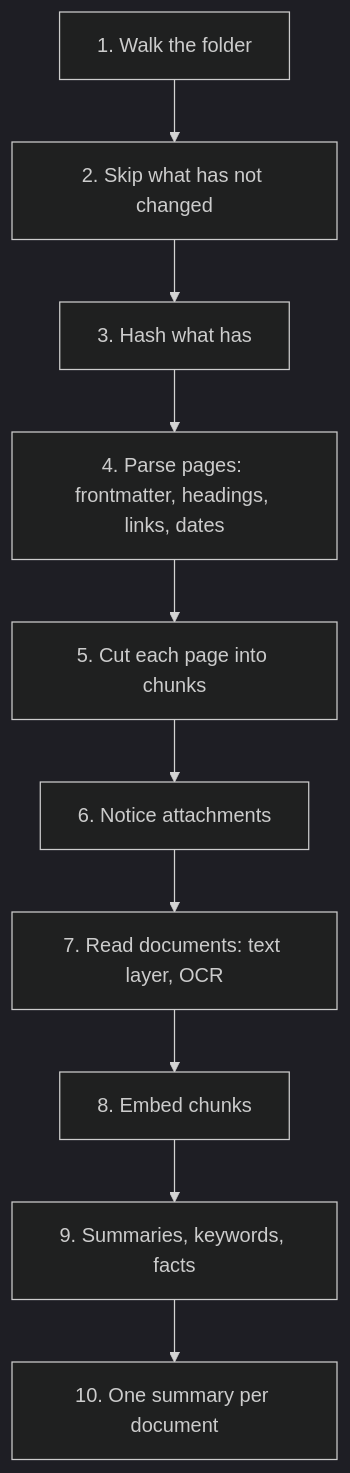
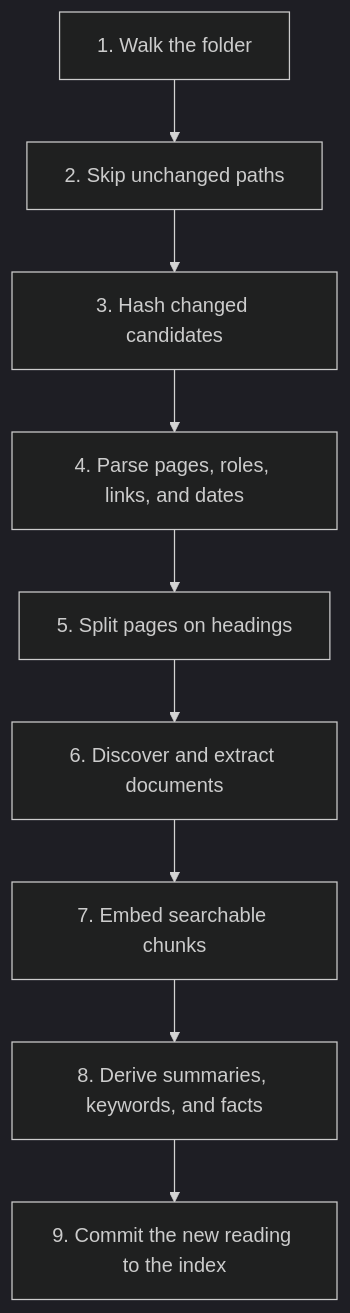
One commit to tenphi/akno changed the second of 7 diagrams in HOW-IT-WORKS.md. Above: the diagram before and after it, drawn with Mermaid (dark theme). The commit also changed other lines of this file and 5 other files, not shown here.

````diff
--- a/HOW-IT-WORKS.md
+++ b/HOW-IT-WORKS.md
@@ -124,12 +188,11 @@
 ```mermaid
 flowchart TD
-    scan["1. Walk the folder"] --> stat["2. Skip what has not changed"]
-    stat --> hash["3. Hash what has"]
-    hash --> pages["4. Parse pages: frontmatter, headings, links, dates"]
-    pages --> chunks["5. Cut each page into chunks"]
-    chunks --> docs["6. Notice attachments"]
-    docs --> extract["7. Read documents: text layer, OCR"]
-    extract --> embed["8. Embed chunks"]
-    embed --> derive["9. Summaries, keywords, facts"]
-    derive --> summ["10. One summary per document"]
+    scan["1. Walk the folder"] --> stat["2. Skip unchanged paths"]
+    stat --> hash["3. Hash changed candidates"]
+    hash --> parse["4. Parse pages, roles, links, and dates"]
+    parse --> chunk["5. Split pages on headings"]
+    chunk --> docs["6. Discover and extract documents"]
+    docs --> embed["7. Embed searchable chunks"]
+    embed --> derive["8. Derive summaries, keywords, and facts"]
+    derive --> store["9. Commit the new reading to the index"]
 ```
````
